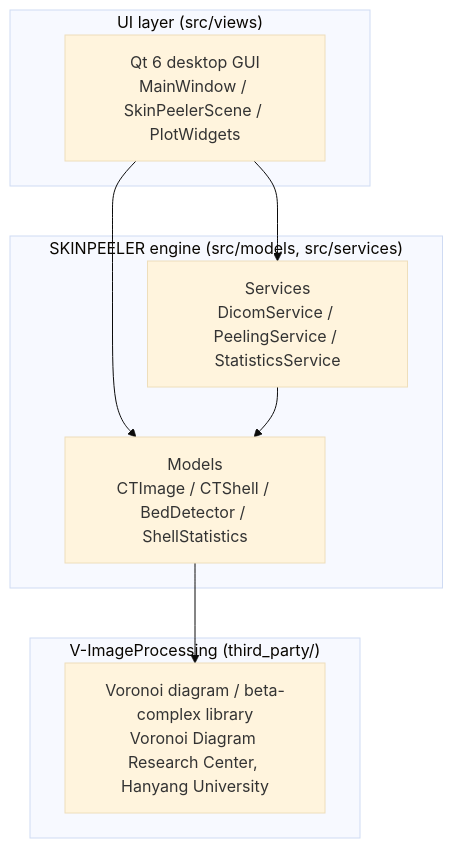
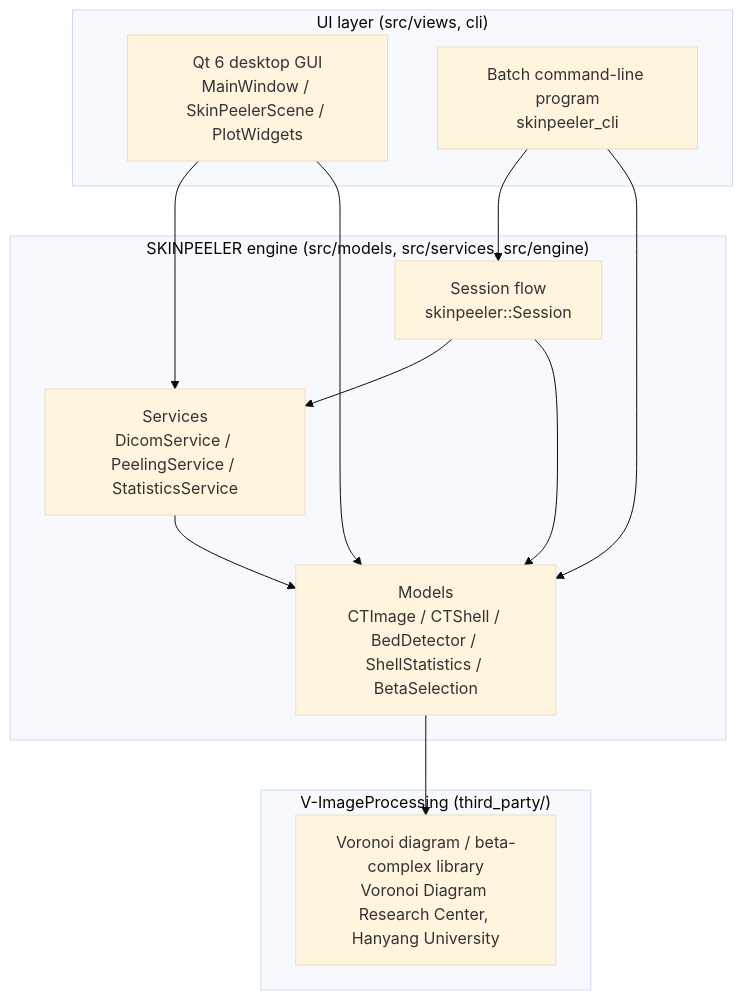
One commit to SKINPEELER-software/SKINPEELER changed the second of 3 diagrams in README.md. Above: the diagram before and after it, drawn with Mermaid (base theme). The commit also changed other lines of this file and 4 other files, not shown here.

First line of the commit message:
Document skinpeeler_cli, beta selection, air-excluded masks, and the V-ImageProcessing bundle

````diff
--- a/README.md
+++ b/README.md
@@ -124,17 +128,23 @@
 ```mermaid
 flowchart TB
-    subgraph UI["UI layer (src/views)"]
+    subgraph UI["UI layer (src/views, cli)"]
         GUI["Qt 6 desktop GUI<br/>MainWindow / SkinPeelerScene / PlotWidgets"]
+        CLI["Batch command-line program<br/>skinpeeler_cli"]
     end
-    subgraph ENGINE["SKINPEELER engine (src/models, src/services)"]
-        M["Models<br/>CTImage / CTShell / BedDetector / ShellStatistics"]
+    subgraph ENGINE["SKINPEELER engine (src/models, src/services, src/engine)"]
+        SE["Session flow<br/>skinpeeler::Session"]
+        M["Models<br/>CTImage / CTShell / BedDetector / ShellStatistics / BetaSelection"]
         S["Services<br/>DicomService / PeelingService / StatisticsService"]
     end
     subgraph LIB["V-ImageProcessing (third_party/)"]
         V["Voronoi diagram / beta-complex library<br/>Voronoi Diagram Research Center, Hanyang University"]
     end
     GUI --> S
     GUI --> M
+    CLI --> SE
+    CLI --> M
+    SE --> S
+    SE --> M
     S --> M
     M --> V
 ```
````
